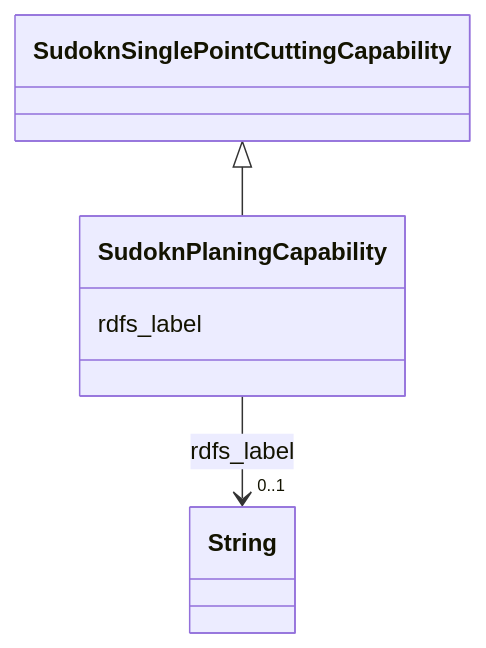
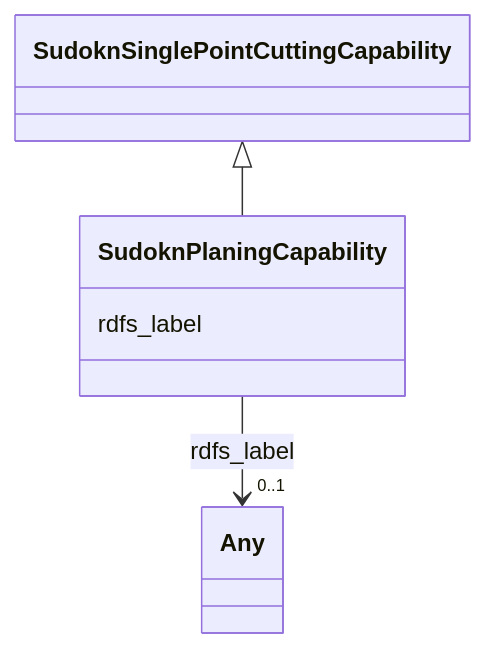
The diagram in sudokn-kg/classes/SudoknPlaningCapability.md (frink-okn/graph-descriptions), drawn with Mermaid before and after one commit. The commit also changed other lines of this file and 903 other files, not shown here.

````diff
--- a/sudokn-kg/classes/SudoknPlaningCapability.md
+++ b/sudokn-kg/classes/SudoknPlaningCapability.md
@@ -23,18 +18,18 @@
 ```mermaid
  classDiagram
     class SudoknPlaningCapability
     click SudoknPlaningCapability href "../SudoknPlaningCapability"
       SudoknSinglePointCuttingCapability <|-- SudoknPlaningCapability
         click SudoknSinglePointCuttingCapability href "../SudoknSinglePointCuttingCapability"
       
       SudoknPlaningCapability : rdfs_label
         
           
     
     
-    SudoknPlaningCapability --> "0..1" String : rdfs_label
-    click String href "../String"
+    SudoknPlaningCapability --> "0..1" Any : rdfs_label
+    click Any href "../Any"
 
         
       
 ```
````
